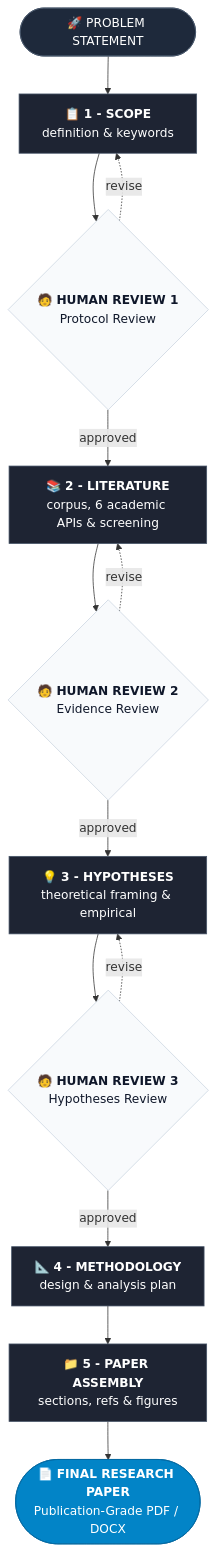
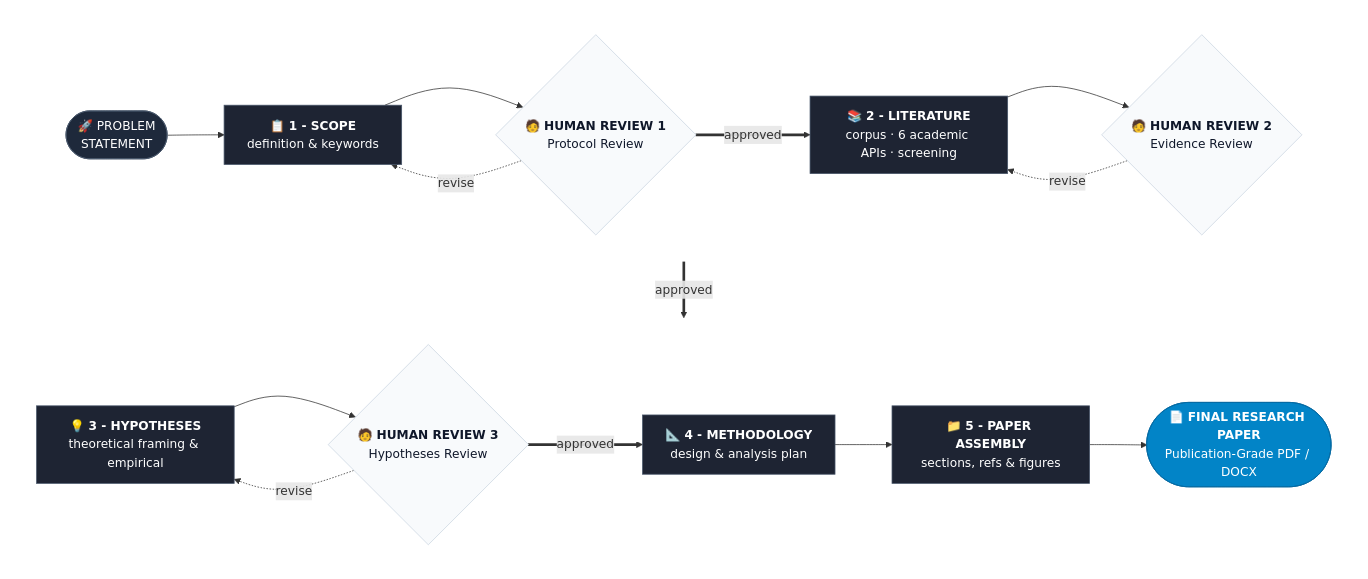
Before and after one commit to Aryan-Pardeshi/DeepResearch_AI: the second of 2 diagrams in README.md, drawn with Mermaid.

Commit message:
docs(readme): collapse 25-agent pipeline into 2-row snake to cut vertical scroll
Convert the single-column flowchart TD (10 stacked ranks) to a TB shell
containing two direction:LR subgraphs, five nodes per row, bridged by the
Gate 2 approved edge. Subgraph frames hidden. Renders ~340px tall at
GitHub content width versus ~1000px before.

````diff
--- a/README.md
+++ b/README.md
@@ -65,26 +65,34 @@
 ```mermaid
-flowchart TD
-    START(["🚀 PROBLEM STATEMENT"]) --> P1["📋 <b>1 - SCOPE</b><br/>definition & keywords"]
-    P1 --> G1{"🧑 <b>HUMAN REVIEW 1</b><br/>Protocol Review"}
-    G1 -.->|"revise"| P1
-    G1 -->|"approved"| P2["📚 <b>2 - LITERATURE</b><br/>corpus, 6 academic APIs & screening"]
-    P2 --> G2{"🧑 <b>HUMAN REVIEW 2</b><br/>Evidence Review"}
-    G2 -.->|"revise"| P2
-    G2 -->|"approved"| P3["💡 <b>3 - HYPOTHESES</b><br/>theoretical framing & empirical"]
-    P3 --> G3{"🧑 <b>HUMAN REVIEW 3</b><br/>Hypotheses Review"}
-    G3 -.->|"revise"| P3
-    G3 -->|"approved"| P4["📐 <b>4 - METHODOLOGY</b><br/>design & analysis plan"]
-    P4 --> P5["📁 <b>5 - PAPER ASSEMBLY</b><br/>sections, refs & figures"]
-    P5 --> OUT(["📄 <b>FINAL RESEARCH PAPER</b><br/>Publication-Grade PDF / DOCX"])
+flowchart TB
+    subgraph R1 [" "]
+        direction LR
+        START(["🚀 PROBLEM<br/>STATEMENT"]) --> P1["📋 <b>1 - SCOPE</b><br/>definition & keywords"]
+        P1 --> G1{"🧑 <b>HUMAN REVIEW 1</b><br/>Protocol Review"}
+        G1 -.->|"revise"| P1
+        G1 ==>|"approved"| P2["📚 <b>2 - LITERATURE</b><br/>corpus · 6 academic APIs · screening"]
+        P2 --> G2{"🧑 <b>HUMAN REVIEW 2</b><br/>Evidence Review"}
+        G2 -.->|"revise"| P2
+    end
+    subgraph R2 [" "]
+        direction LR
+        P3["💡 <b>3 - HYPOTHESES</b><br/>theoretical framing & empirical"] --> G3{"🧑 <b>HUMAN REVIEW 3</b><br/>Hypotheses Review"}
+        G3 -.->|"revise"| P3
+        G3 ==>|"approved"| P4["📐 <b>4 - METHODOLOGY</b><br/>design & analysis plan"]
+        P4 --> P5["📁 <b>5 - PAPER ASSEMBLY</b><br/>sections, refs & figures"]
+        P5 --> OUT(["📄 <b>FINAL RESEARCH PAPER</b><br/>Publication-Grade PDF / DOCX"])
+    end
+    G2 ==>|"approved"| P3
 
     style START fill:#1e293b,stroke:#475569,color:#fff
     style P1 fill:#1e2433,stroke:#475569,color:#fff
     style P2 fill:#1e2433,stroke:#475569,color:#fff
     style P3 fill:#1e2433,stroke:#475569,color:#fff
     style P4 fill:#1e2433,stroke:#475569,color:#fff
     style P5 fill:#1e2433,stroke:#475569,color:#fff
     style G1 fill:#f8fafc,stroke:#cbd5e1,color:#0f172a
     style G2 fill:#f8fafc,stroke:#cbd5e1,color:#0f172a
     style G3 fill:#f8fafc,stroke:#cbd5e1,color:#0f172a
     style OUT fill:#0284c7,stroke:#0369a1,color:#fff
+    style R1 fill:transparent,stroke:transparent
+    style R2 fill:transparent,stroke:transparent
 ```
````
